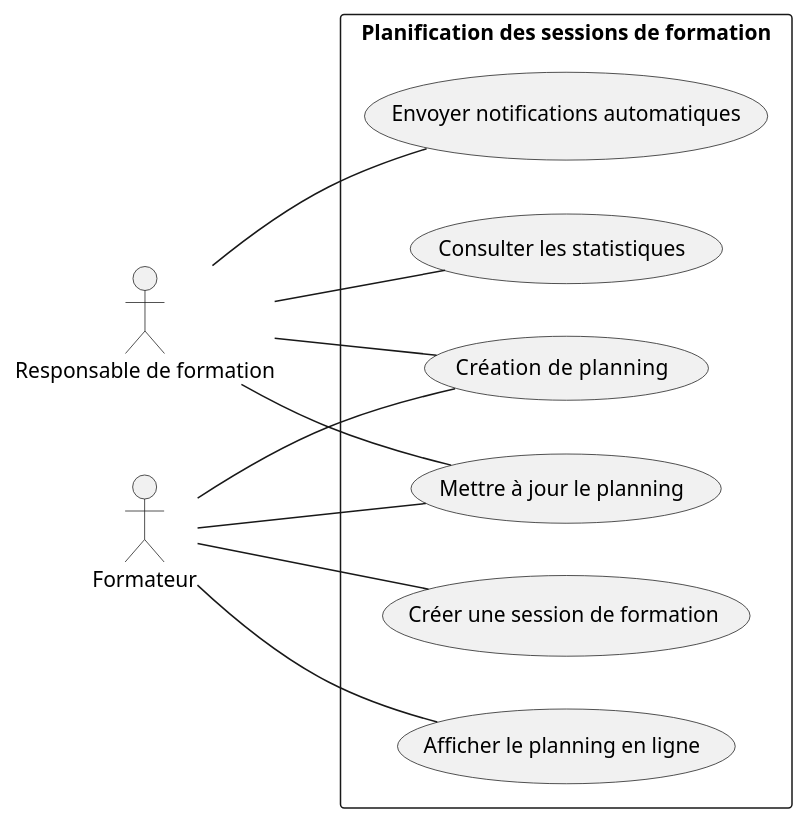
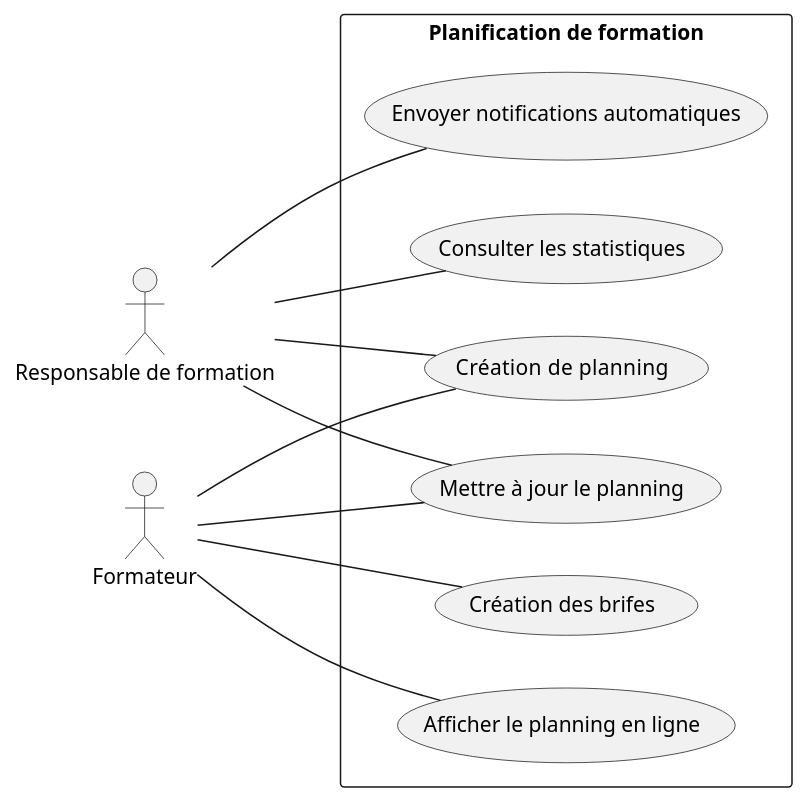
The diagram in BrancheFonctionnelle/usecase.pu (ZOUBAIRDouae/Projet_Fil_Rouge), drawn with PlantUML before and after one commit. The commit also changed 313 other files, not shown here.

```diff
--- a/BrancheFonctionnelle/usecase.pu
+++ b/BrancheFonctionnelle/usecase.pu
@@ -1,29 +1,29 @@
 @startuml
 left to right direction
 
 actor "Responsable de formation" as Admin
 actor "Formateur" as Formateur
 
-rectangle "Planification des sessions de formation" {
+rectangle "Planification de formation" {
 
     usecase "Création de  planning" as UC1
     usecase "Mettre à jour le planning" as UC2
     usecase "Envoyer notifications automatiques" as UC3
     usecase "Afficher le planning en ligne" as UC4
-    usecase "Créer une session de formation" as UC5
+    usecase "Création des brifes" as UC5
     usecase "Consulter les statistiques" as  UC6
 
 }
 
     Admin -- UC1
     Admin -- UC2
     Admin -- UC3
     Admin -- UC6
 
     Formateur -- UC1
     Formateur -- UC2
     Formateur -- UC4
     Formateur -- UC5
 
 
 @enduml
```
